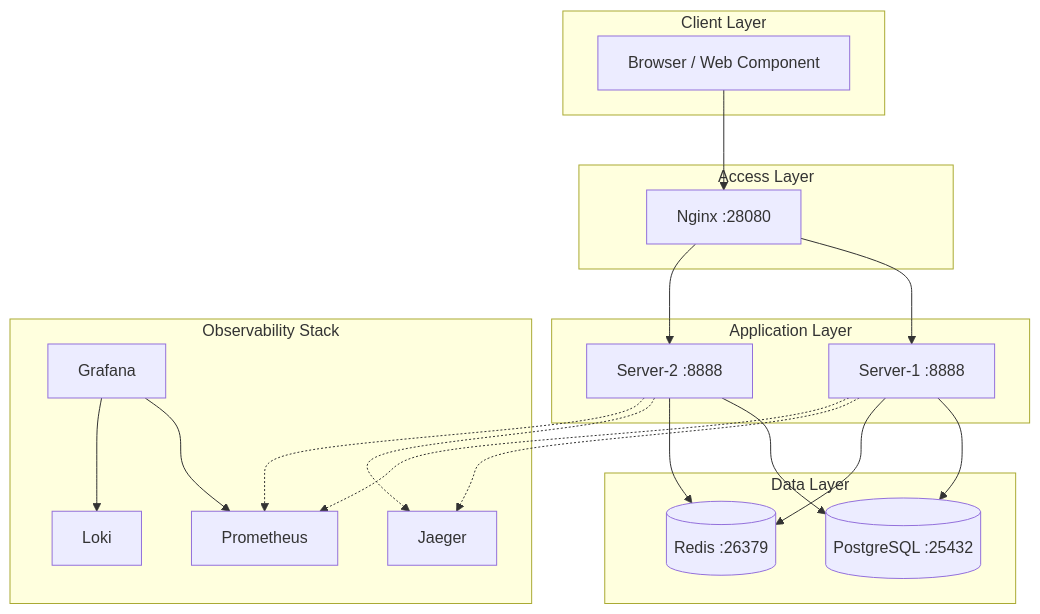
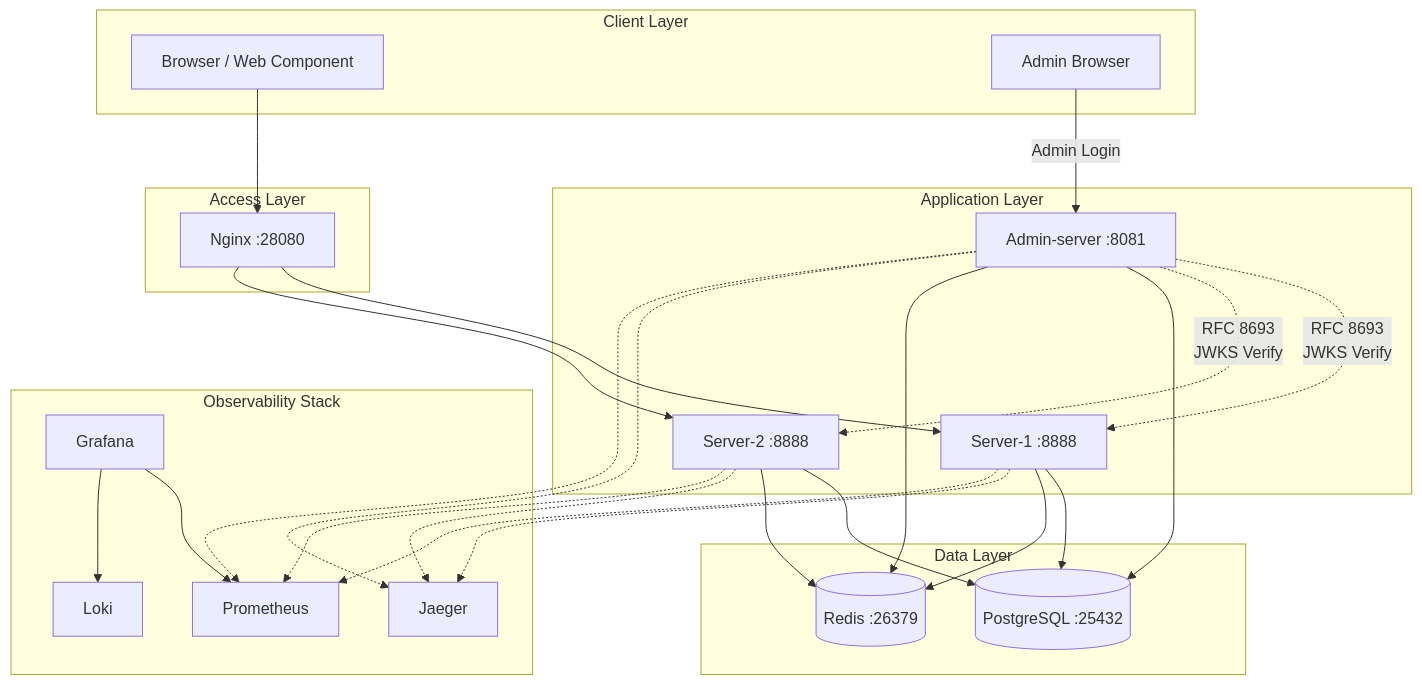
One commit to rtc-agent/docs changed the first of 2 diagrams in src/content/docs/en/deployment/distributed-deploy.md. Above: the diagram before and after it, drawn with Mermaid. The commit also changed other lines of this file and 12 other files, not shown here.

````diff
--- a/src/content/docs/en/deployment/distributed-deploy.md
+++ b/src/content/docs/en/deployment/distributed-deploy.md
@@ -10,41 +10,50 @@
 ```mermaid
 flowchart TB
     subgraph Client["Client Layer"]
         Client1[Browser / Web Component]
+        AdminBrowser[Admin Browser]
     end
 
     subgraph Access["Access Layer"]
         Nginx[Nginx :28080]
     end
 
     subgraph App["Application Layer"]
         Server1[Server-1 :8888]
         Server2[Server-2 :8888]
+        AdminSvr[Admin-server :8081]
     end
 
     subgraph Data["Data Layer"]
         PostgreSQL[(PostgreSQL :25432)]
         Redis[(Redis :26379)]
     end
 
     subgraph Observability["Observability Stack"]
         Jaeger[Jaeger]
         Prometheus[Prometheus]
         Grafana[Grafana]
         Loki[Loki]
     end
 
     Client1 --> Nginx
     Nginx --> Server1
     Nginx --> Server2
+    AdminBrowser -->|"Admin Login"| AdminSvr
+    AdminSvr -.->|"RFC 8693<br/>JWKS Verify"| Server1
+    AdminSvr -.->|"RFC 8693<br/>JWKS Verify"| Server2
     Server1 --> PostgreSQL
     Server1 --> Redis
     Server2 --> PostgreSQL
     Server2 --> Redis
+    AdminSvr --> PostgreSQL
+    AdminSvr --> Redis
     Server1 -.-> Jaeger
     Server2 -.-> Jaeger
+    AdminSvr -.-> Jaeger
     Server1 -.-> Prometheus
     Server2 -.-> Prometheus
+    AdminSvr -.-> Prometheus
     Grafana --> Prometheus
     Grafana --> Loki
 ```
````
